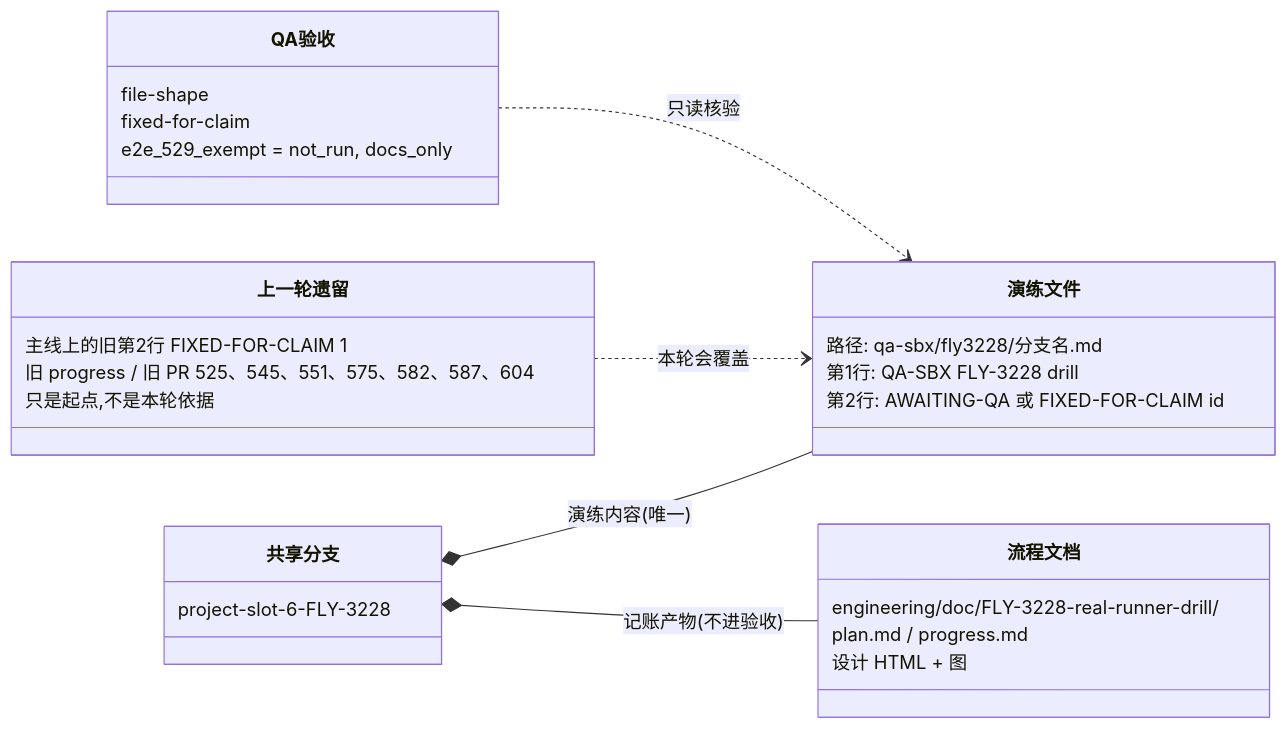
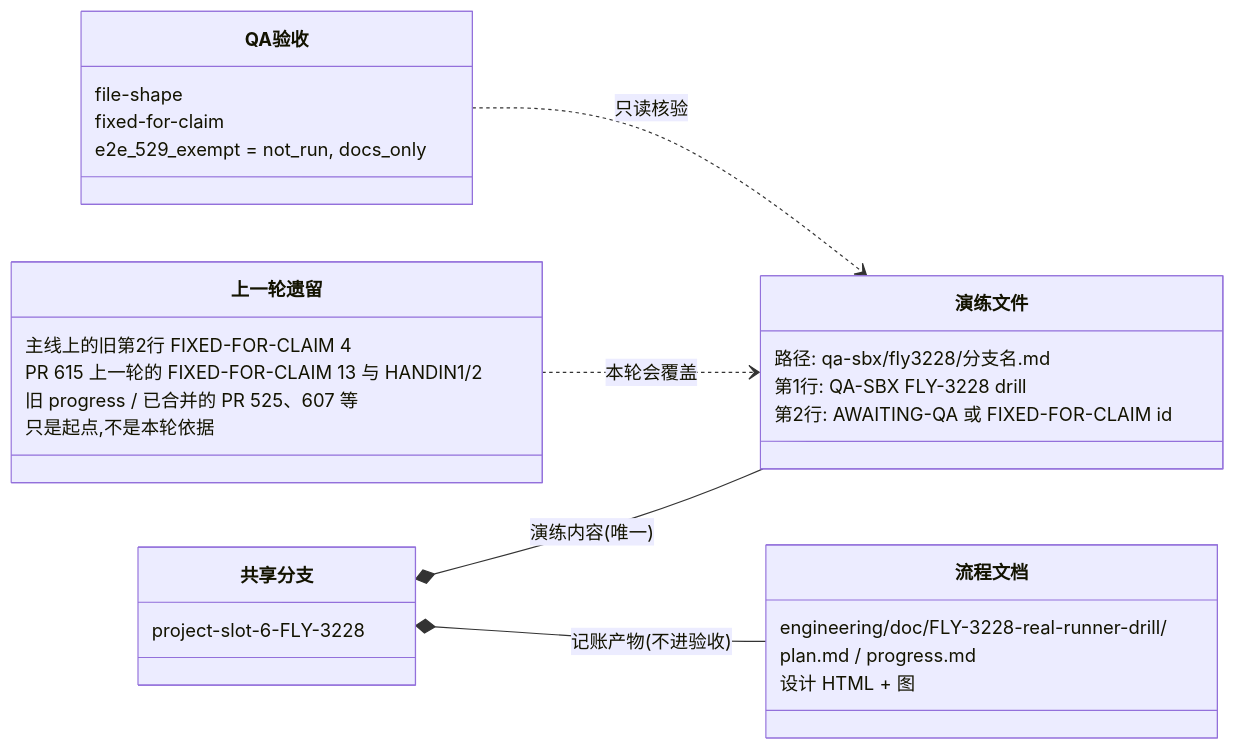
One commit to xrliAnnie/flywheel-qa-sandbox changed the diagram in engineering/doc/FLY-3228-real-runner-drill/d2-data-model.mmd. Above: the diagram before and after it, drawn with Mermaid. The commit also changed 7 other files, not shown here.

```diff
--- a/engineering/doc/FLY-3228-real-runner-drill/d2-data-model.mmd
+++ b/engineering/doc/FLY-3228-real-runner-drill/d2-data-model.mmd
@@ -1,29 +1,30 @@
 classDiagram
     direction LR
     class 共享分支 {
         project-slot-6-FLY-3228
     }
     class 演练文件 {
         路径: qa-sbx/fly3228/分支名.md
         第1行: QA-SBX FLY-3228 drill
         第2行: AWAITING-QA 或 FIXED-FOR-CLAIM id
     }
     class 上一轮遗留 {
-        主线上的旧第2行 FIXED-FOR-CLAIM 1
-        旧 progress / 旧 PR 525、545、551、575、582、587、604
+        主线上的旧第2行 FIXED-FOR-CLAIM 4
+        PR 615 上一轮的 FIXED-FOR-CLAIM 13 与 HANDIN1/2
+        旧 progress / 已合并的 PR 525、607 等
         只是起点,不是本轮依据
     }
     class 流程文档 {
         engineering/doc/FLY-3228-real-runner-drill/
         plan.md / progress.md
         设计 HTML + 图
     }
     class QA验收 {
         file-shape
         fixed-for-claim
         e2e_529_exempt = not_run, docs_only
     }
     共享分支 *-- 演练文件 : 演练内容(唯一)
     共享分支 *-- 流程文档 : 记账产物(不进验收)
     上一轮遗留 ..> 演练文件 : 本轮会覆盖
     QA验收 ..> 演练文件 : 只读核验
```
